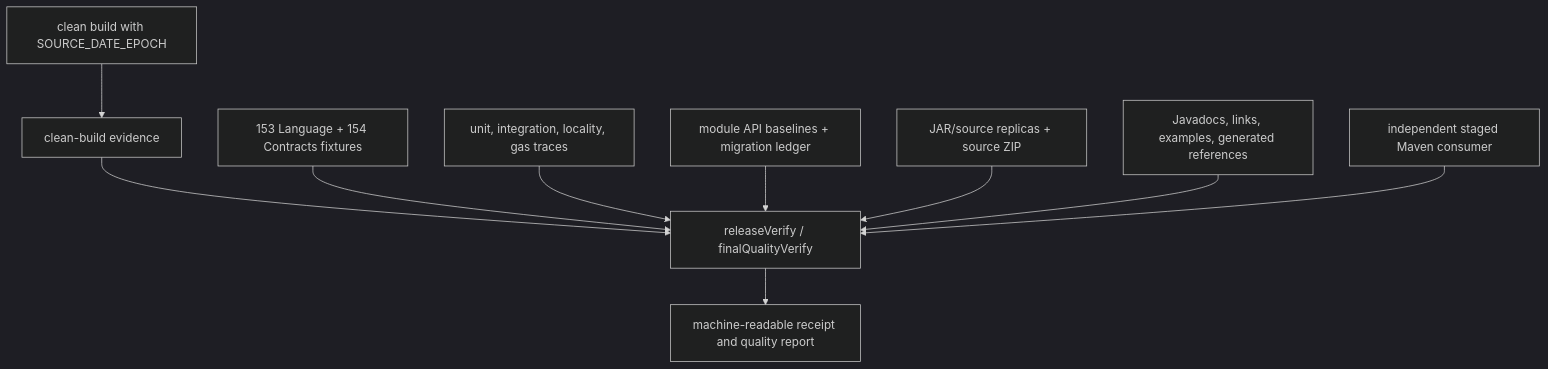
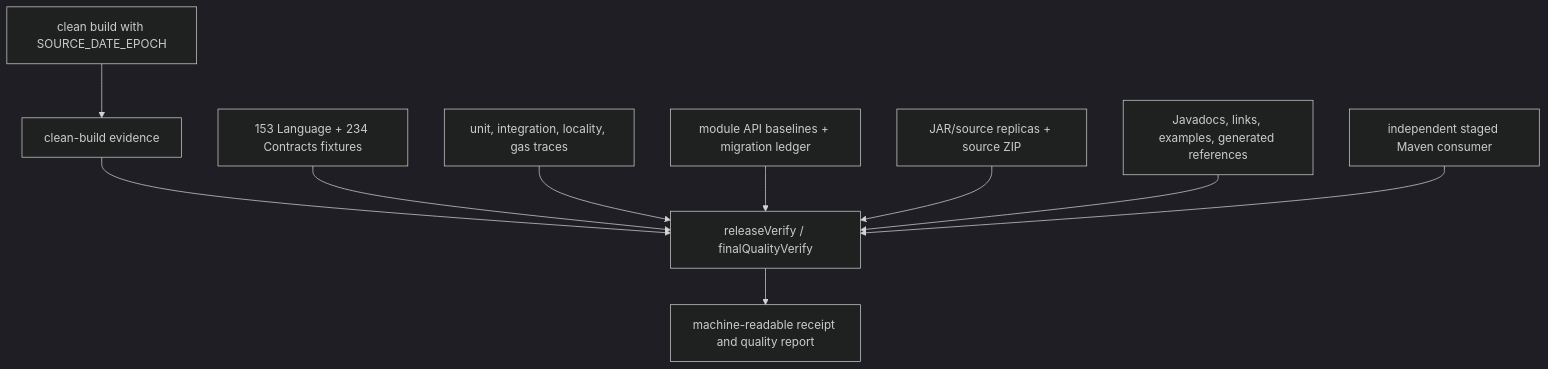
The diagram in docs/architecture/conformance-and-release.md (bluecontract/blue-language-java), drawn with Mermaid (dark theme) before and after one commit. The commit also changed 462 other files, not shown here.

````diff
--- a/docs/architecture/conformance-and-release.md
+++ b/docs/architecture/conformance-and-release.md
@@ -7,12 +7,12 @@
 ```mermaid
 flowchart TD
     Clean["clean build with SOURCE_DATE_EPOCH"] --> Marker["clean-build evidence"]
     Marker --> Verify["releaseVerify / finalQualityVerify"]
-    Fixtures["153 Language + 154 Contracts fixtures"] --> Verify
+    Fixtures["153 Language + 234 Contracts fixtures"] --> Verify
     Tests["unit, integration, locality, gas traces"] --> Verify
     API["module API baselines + migration ledger"] --> Verify
     Archives["JAR/source replicas + source ZIP"] --> Verify
     Docs["Javadocs, links, examples, generated references"] --> Verify
     Smoke["independent staged Maven consumer"] --> Verify
     Verify --> Receipt["machine-readable receipt and quality report"]
 ```
````
